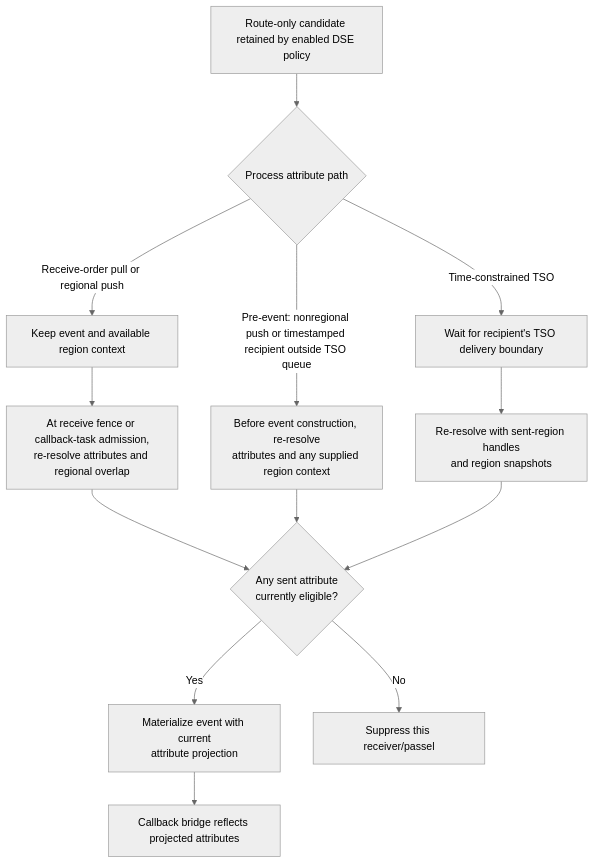
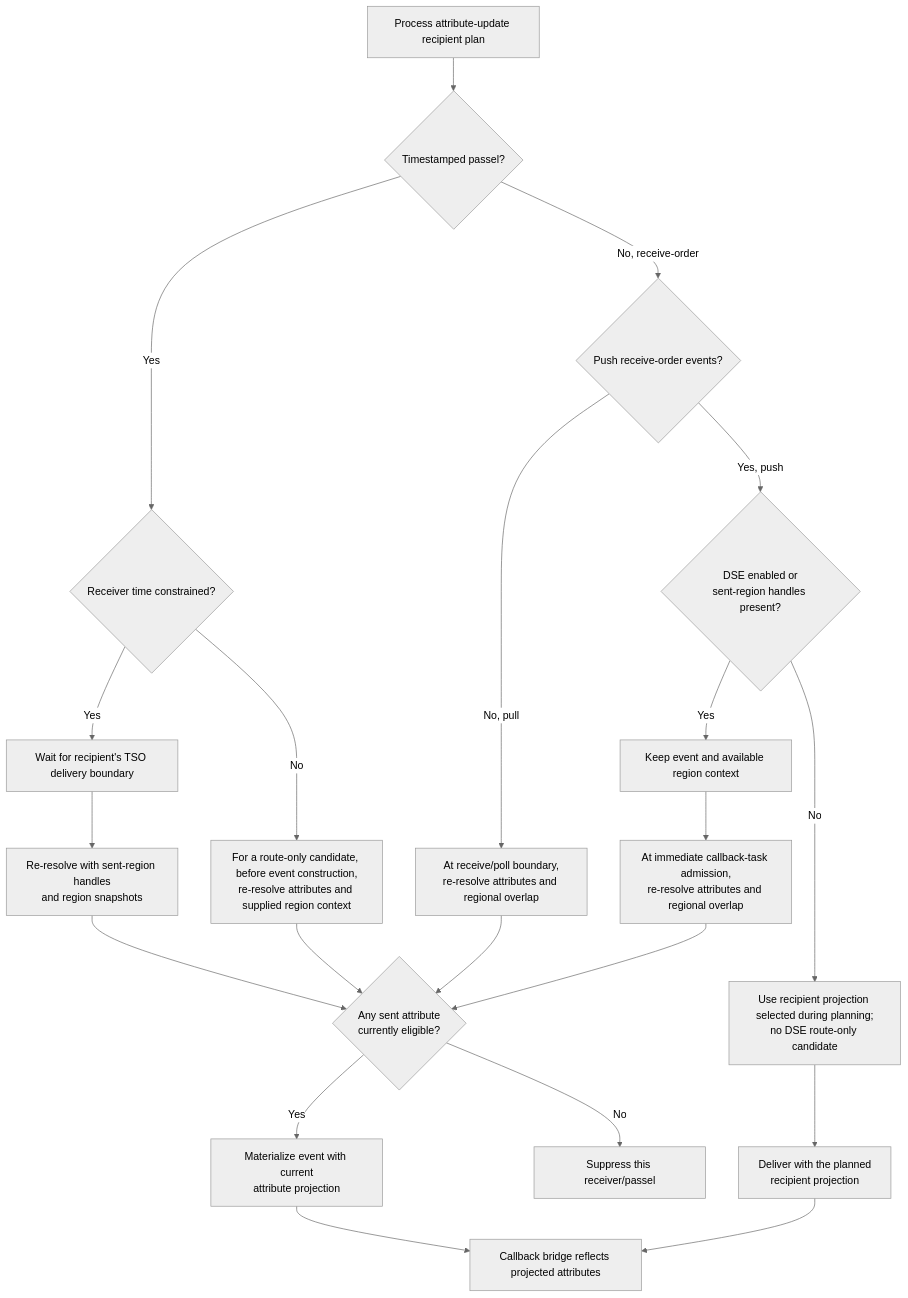
The third of 4 diagrams in docs/design/HLA-2025-DELAY-SUBSCRIPTION-EVALUATION-FLOW-GUIDE.md (sheepfling/umbra), drawn with Mermaid (neutral theme) before and after one commit. The commit also changed other lines of this file and 4 other files, not shown here.

Commit message:
docs: reconcile process DSE guidance

````diff
--- a/docs/design/HLA-2025-DELAY-SUBSCRIPTION-EVALUATION-FLOW-GUIDE.md
+++ b/docs/design/HLA-2025-DELAY-SUBSCRIPTION-EVALUATION-FLOW-GUIDE.md
@@ -350,16 +345,24 @@
 ```mermaid
 flowchart TD
-  Candidate["Route-only candidate retained by enabled DSE policy"] --> Lane{"Process attribute path"}
-  Lane -->|Receive-order pull or regional push| Deferred["Keep event and available region context"]
-  Deferred --> Receive["At receive fence or callback-task admission,<br/>re-resolve attributes and regional overlap"]
-  Lane -->|Pre-event: nonregional push or timestamped recipient outside TSO queue| PreEvent["Before event construction, re-resolve<br/>attributes and any supplied region context"]
-  Lane -->|Time-constrained TSO| Queue["Wait for recipient's TSO delivery boundary"]
+  Plan["Process attribute-update recipient plan"] --> Timestamped{"Timestamped passel?"}
+  Timestamped -->|Yes| Constrained{"Receiver time constrained?"}
+  Constrained -->|Yes| Queue["Wait for recipient's TSO delivery boundary"]
   Queue --> TSO["Re-resolve with sent-region handles<br/>and region snapshots"]
+  Constrained -->|No| PreEvent["For a route-only candidate, before event construction,<br/>re-resolve attributes and supplied region context"]
+  Timestamped -->|No, receive-order| PullPush{"Push receive-order events?"}
+  PullPush -->|No, pull| Receive["At receive/poll boundary,<br/>re-resolve attributes and regional overlap"]
+  PullPush -->|Yes, push| PushRecheck{"DSE enabled or<br/>sent-region handles present?"}
+  PushRecheck -->|Yes| Deferred["Keep event and available region context"]
+  Deferred --> ReceivePush["At immediate callback-task admission,<br/>re-resolve attributes and regional overlap"]
+  PushRecheck -->|No| Planned["Use recipient projection selected during planning;<br/>no DSE route-only candidate"]
   Receive --> Projection{"Any sent attribute<br/>currently eligible?"}
+  ReceivePush --> Projection
   PreEvent --> Projection
   TSO --> Projection
   Projection -->|Yes| Event["Materialize event with current<br/>attribute projection"]
   Projection -->|No| Suppress["Suppress this receiver/passel"]
+  Planned --> AlreadyProjected["Deliver with the planned<br/>recipient projection"]
   Event --> Bridge
+  AlreadyProjected --> Bridge
   Bridge["Callback bridge reflects projected attributes"]
 ```
````
